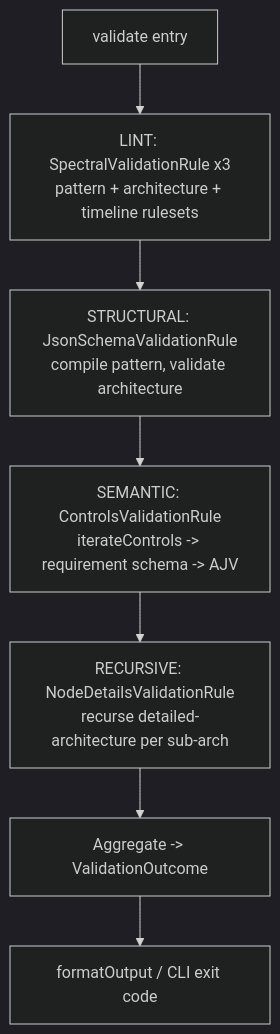
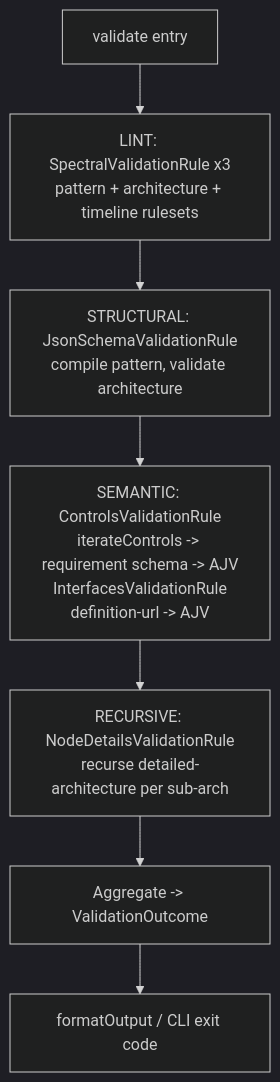
One commit to finos/architecture-as-code changed the fifth of 5 diagrams in shared/src/commands/validate/ValidationTechnicalSpecification.md. Above: the diagram before and after it, drawn with Mermaid (dark theme). The commit also changed other lines of this file and 7 other files, not shown here.

First line of the commit message:
feat(shared): validate interface config against its definition-url

````diff
--- a/shared/src/commands/validate/ValidationTechnicalSpecification.md
+++ b/shared/src/commands/validate/ValidationTechnicalSpecification.md
@@ -251,9 +252,9 @@
 ```mermaid
 flowchart TD
     A[validate entry] --> B[LINT: SpectralValidationRule x3<br/>pattern + architecture + timeline rulesets]
     B --> C[STRUCTURAL: JsonSchemaValidationRule<br/>compile pattern, validate architecture]
-    C --> D[SEMANTIC: ControlsValidationRule<br/>iterateControls -> requirement schema -> AJV]
+    C --> D[SEMANTIC: ControlsValidationRule<br/>iterateControls -> requirement schema -> AJV<br/>InterfacesValidationRule<br/>definition-url -> AJV]
     D --> E[RECURSIVE: NodeDetailsValidationRule<br/>recurse detailed-architecture per sub-arch]
     E --> F[Aggregate -> ValidationOutcome]
     F --> G[formatOutput / CLI exit code]
 ```
````
